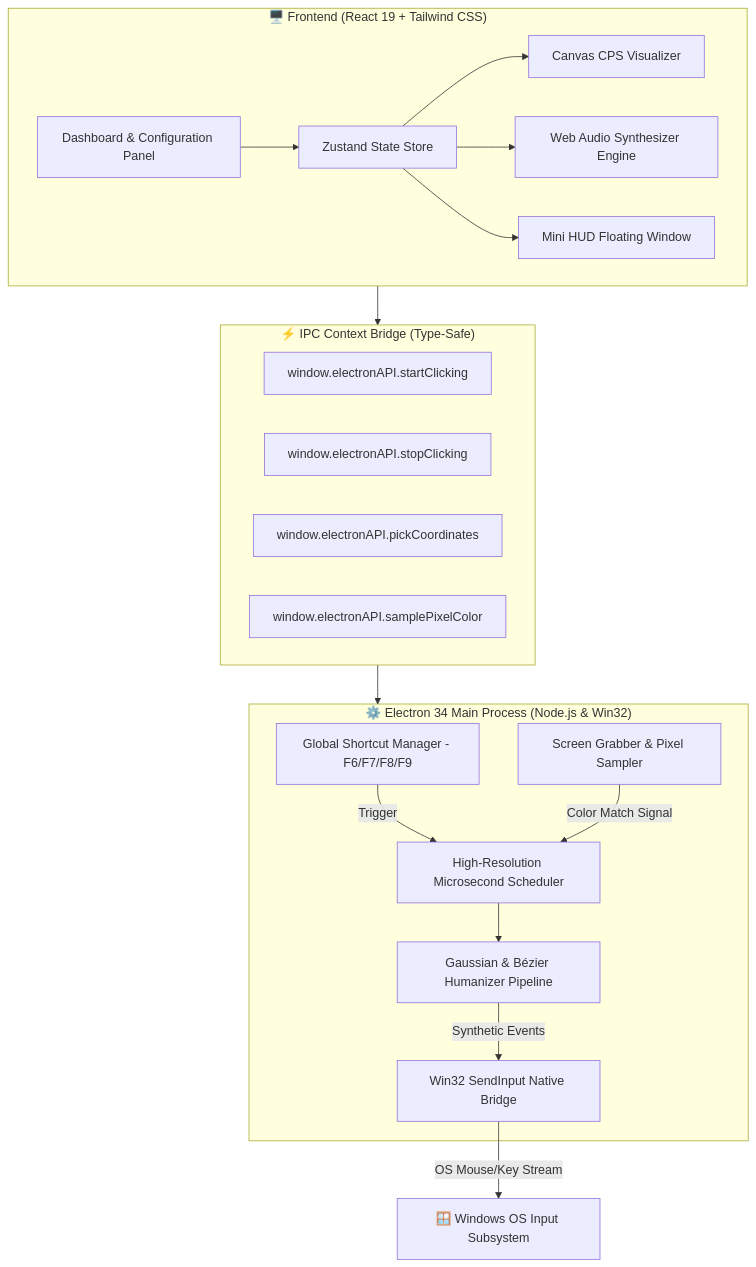
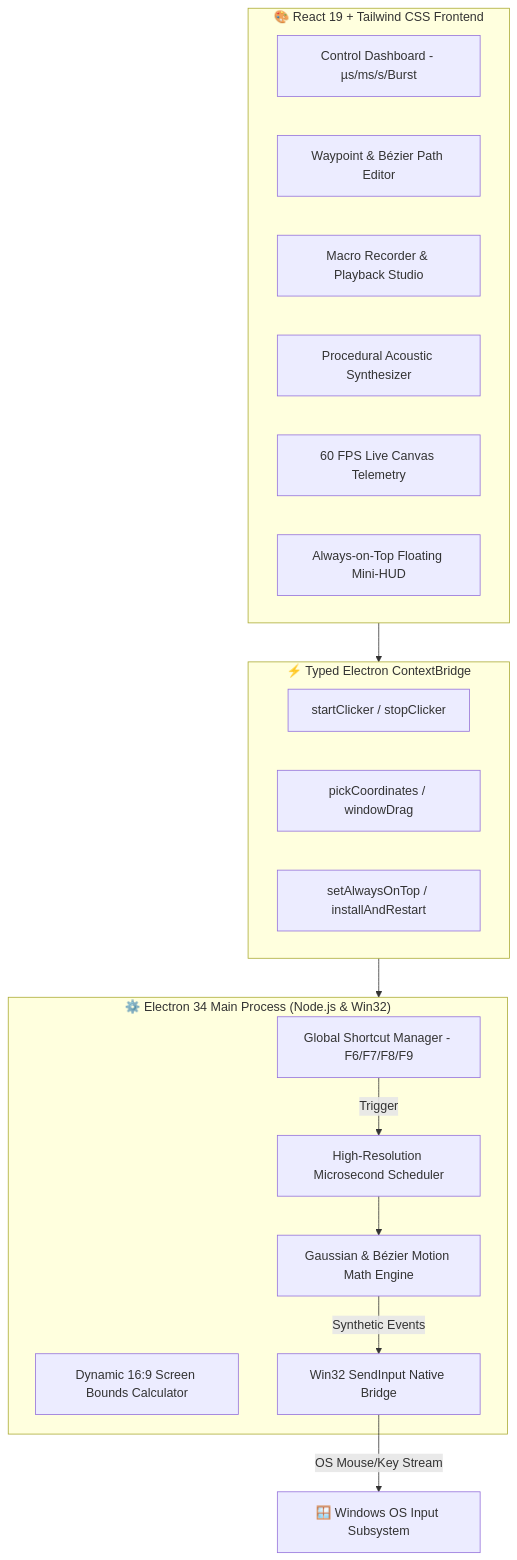
The diagram in README.md (Laknicek/hyperclick-pro), drawn with Mermaid before and after one commit. The commit also changed other lines of this file and 13 other files, not shown here.

````diff
--- a/README.md
+++ b/README.md
@@ -136,32 +111,32 @@
 ```mermaid
-flowchart TB
-    subgraph UI["🖥️ Frontend (React 19 + Tailwind CSS)"]
-        A[Dashboard & Configuration Panel] --> B[Zustand State Store]
-        B --> C[Canvas CPS Visualizer]
-        B --> D[Web Audio Synthesizer Engine]
-        B --> E[Mini HUD Floating Window]
+flowchart TD
+    subgraph UI["🎨 React 19 + Tailwind CSS Frontend"]
+        A[Control Dashboard - µs/ms/s/Burst]
+        B[Waypoint & Bézier Path Editor]
+        C[Macro Recorder & Playback Studio]
+        D[Procedural Acoustic Synthesizer]
+        E[60 FPS Live Canvas Telemetry]
+        F[Always-on-Top Floating Mini-HUD]
     end
 
-    subgraph IPC["⚡ IPC Context Bridge (Type-Safe)"]
-        F[window.electronAPI.startClicking]
-        G[window.electronAPI.stopClicking]
-        H[window.electronAPI.pickCoordinates]
-        I[window.electronAPI.samplePixelColor]
+    subgraph IPC["⚡ Typed Electron ContextBridge"]
+        G[startClicker / stopClicker]
+        H[pickCoordinates / windowDrag]
+        I[setAlwaysOnTop / installAndRestart]
     end
 
     subgraph Core["⚙️ Electron 34 Main Process (Node.js & Win32)"]
         J[Global Shortcut Manager - F6/F7/F8/F9]
         K[High-Resolution Microsecond Scheduler]
-        L[Gaussian & Bézier Humanizer Pipeline]
-        M[Screen Grabber & Pixel Sampler]
+        L[Gaussian & Bézier Motion Math Engine]
+        M[Dynamic 16:9 Screen Bounds Calculator]
         N[Win32 SendInput Native Bridge]
     end
 
     UI --> IPC
     IPC --> Core
     J -->|Trigger| K
     K --> L
     L -->|Synthetic Events| N
-    M -->|Color Match Signal| K
     N -->|OS Mouse/Key Stream| OS[🪟 Windows OS Input Subsystem]
 ```
````
